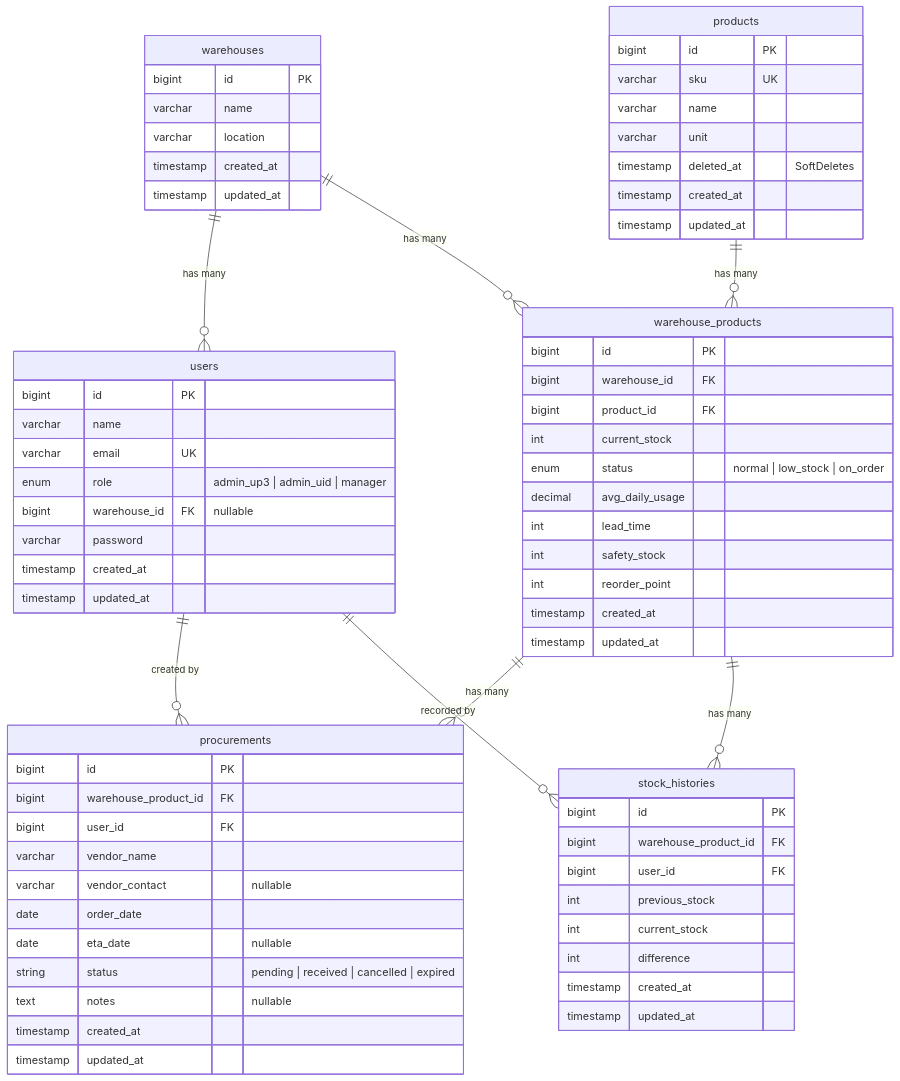
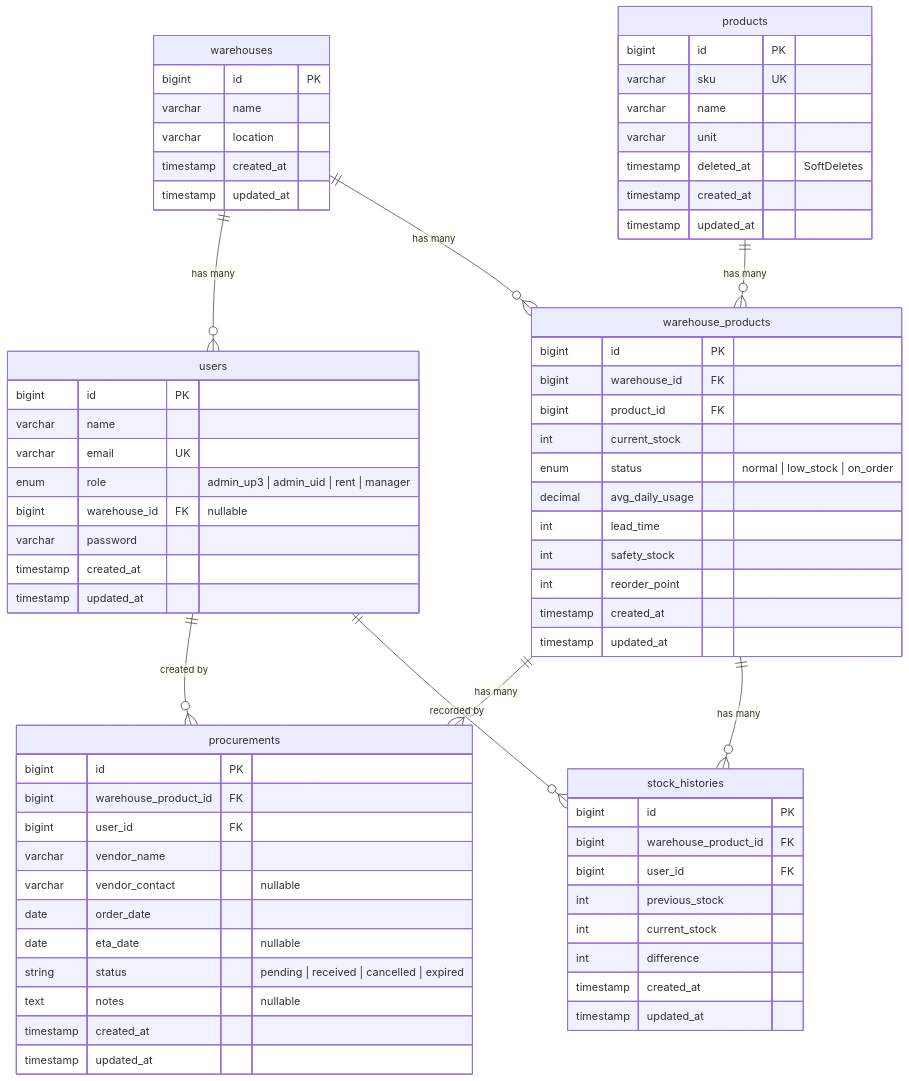
One commit to NaufalMusyaafa/sistem-managemen-stok-produk changed the diagram in README.md. Above: the diagram before and after it, drawn with Mermaid. The commit also changed other lines of this file and 13 other files, not shown here.

````diff
--- a/README.md
+++ b/README.md
@@ -202,78 +213,78 @@
 ```mermaid
 erDiagram
     warehouses {
         bigint id PK
         varchar name
         varchar location
         timestamp created_at
         timestamp updated_at
     }
 
     users {
         bigint id PK
         varchar name
         varchar email UK
-        enum role "admin_up3 | admin_uid | manager"
+        enum role "admin_up3 | admin_uid | rent | manager"
         bigint warehouse_id FK "nullable"
         varchar password
         timestamp created_at
         timestamp updated_at
     }
 
     products {
         bigint id PK
         varchar sku UK
         varchar name
         varchar unit
         timestamp deleted_at "SoftDeletes"
         timestamp created_at
         timestamp updated_at
     }
 
     warehouse_products {
         bigint id PK
         bigint warehouse_id FK
         bigint product_id FK
         int current_stock
         enum status "normal | low_stock | on_order"
         decimal avg_daily_usage
         int lead_time
         int safety_stock
         int reorder_point
         timestamp created_at
         timestamp updated_at
     }
 
     procurements {
         bigint id PK
         bigint warehouse_product_id FK
         bigint user_id FK
         varchar vendor_name
         varchar vendor_contact "nullable"
         date order_date
         date eta_date "nullable"
         string status "pending | received | cancelled | expired"
         text notes "nullable"
         timestamp created_at
         timestamp updated_at
     }
 
     stock_histories {
         bigint id PK
         bigint warehouse_product_id FK
         bigint user_id FK
         int previous_stock
         int current_stock
         int difference
         timestamp created_at
         timestamp updated_at
     }
 
     warehouses ||--o{ users : "has many"
     warehouses ||--o{ warehouse_products : "has many"
     products ||--o{ warehouse_products : "has many"
     warehouse_products ||--o{ procurements : "has many"
     warehouse_products ||--o{ stock_histories : "has many"
     users ||--o{ procurements : "created by"
     users ||--o{ stock_histories : "recorded by"
 ```
````
